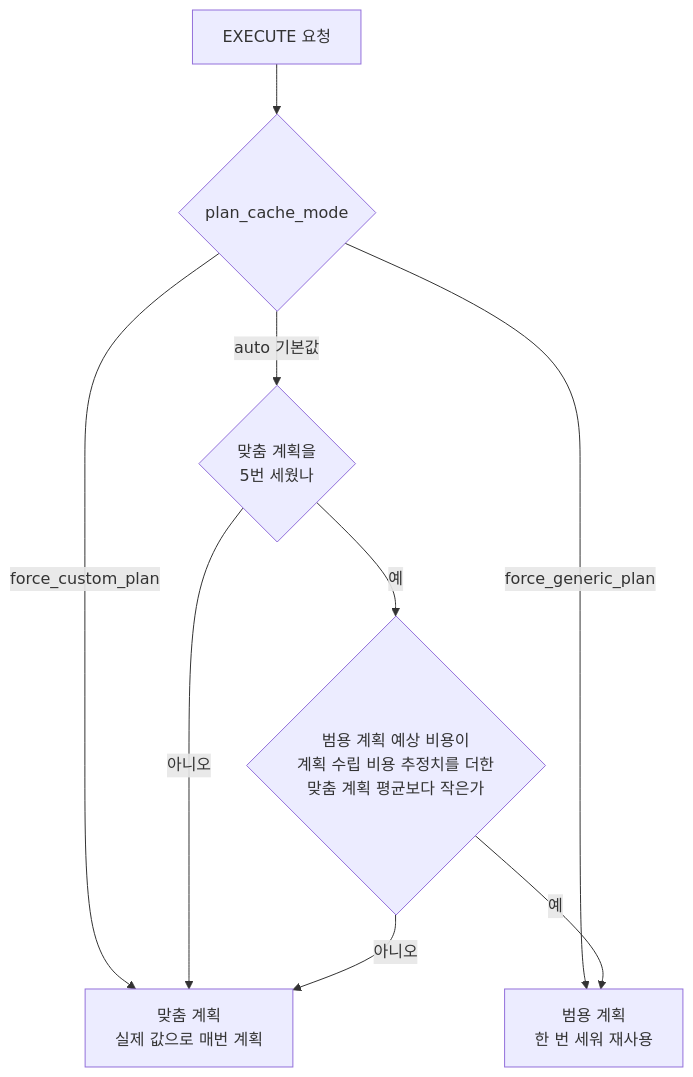
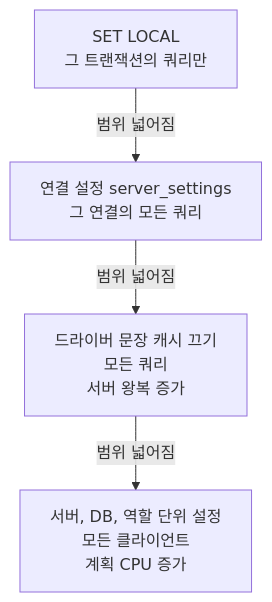
The fifth of 5 diagrams in docs/posts/SRE/prepared_statement_generic_plan.md (dotoryeee/blog), drawn with Mermaid before and after one commit. The commit also changed other lines of this file and 1 other file, not shown here.

Commit message:
update: plan_cache_mode 글을 공부용 결론 위주로 축약 (본문 1/6, 도형 5개 중심, 도입과 참조와 단서 문장 제거)

````diff
--- a/docs/posts/SRE/prepared_statement_generic_plan.md
+++ b/docs/posts/SRE/prepared_statement_generic_plan.md
@@ -112,11 +121,6 @@
 ```mermaid
 flowchart TD
-    A[EXECUTE 요청] --> B{plan_cache_mode}
-    B -->|force_custom_plan| C[맞춤 계획<br/>실제 값으로 매번 계획]
-    B -->|force_generic_plan| D[범용 계획<br/>한 번 세워 재사용]
-    B -->|auto 기본값| E{맞춤 계획을<br/>5번 세웠나}
-    E -->|아니오| C
-    E -->|예| F{범용 계획 예상 비용이<br/>계획 수립 비용 추정치를 더한<br/>맞춤 계획 평균보다 작은가}
-    F -->|예| D
-    F -->|아니오| C
+    A[SET LOCAL<br/>그 트랜잭션의 쿼리만] -->|범위 넓어짐| B[연결 설정 server_settings<br/>그 연결의 모든 쿼리]
+    B -->|범위 넓어짐| C[드라이버 문장 캐시 끄기<br/>모든 쿼리<br/>서버 왕복 증가]
+    C -->|범위 넓어짐| D[서버, DB, 역할 단위 설정<br/>모든 클라이언트<br/>계획 CPU 증가]
 ```
````
